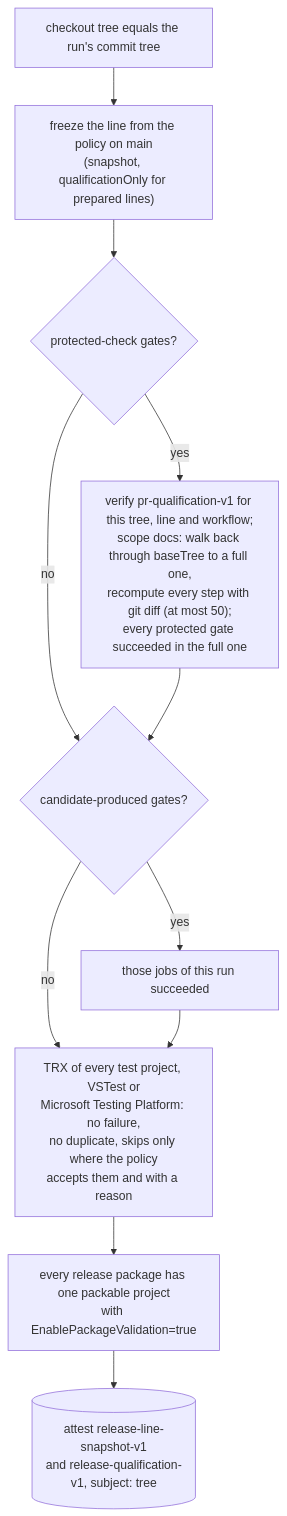
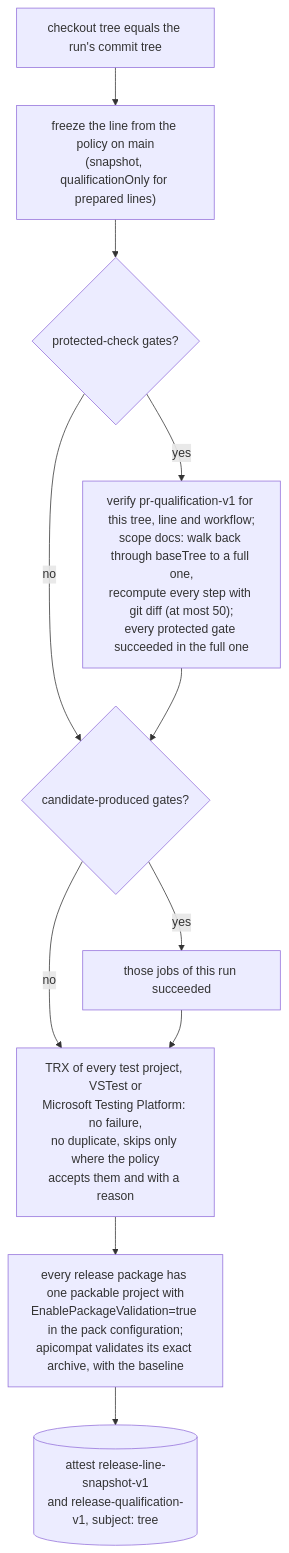
Before and after one commit to doka-labs/workflows: diagram 11 of 19 in docs/overview.md, drawn with Mermaid. The commit also changed other lines of this file and 29 other files, not shown here.

First line of the commit message:
feat(release): validate the exact package archives in qualification (#15)

````diff
--- a/docs/overview.md
+++ b/docs/overview.md
@@ -310,13 +310,13 @@
 ```mermaid
 flowchart TB
   q1["checkout tree equals the run's commit tree"] --> q2["freeze the line from the policy on main<br/>(snapshot, qualificationOnly for prepared lines)"]
   q2 --> q3{"protected-check gates?"}
   q3 -- yes --> q4["verify pr-qualification-v1 for this tree, line and workflow;<br/>scope docs: walk back through baseTree to a full one,<br/>recompute every step with git diff (at most 50);<br/>every protected gate succeeded in the full one"]
   q3 -- no --> q5
   q4 --> q5{"candidate-produced gates?"}
   q5 -- yes --> q6["those jobs of this run succeeded"]
   q5 -- no --> q7
   q6 --> q7["TRX of every test project, VSTest or<br/>Microsoft Testing Platform: no failure,<br/>no duplicate, skips only where the policy<br/>accepts them and with a reason"]
-  q7 --> q8["every release package has one packable project<br/>with EnablePackageValidation=true"]
+  q7 --> q8["every release package has one packable project with<br/>EnablePackageValidation=true in the pack configuration;<br/>apicompat validates its exact archive, with the baseline"]
   q8 --> q9[("attest release-line-snapshot-v1<br/>and release-qualification-v1, subject: tree")]
 ```
````
